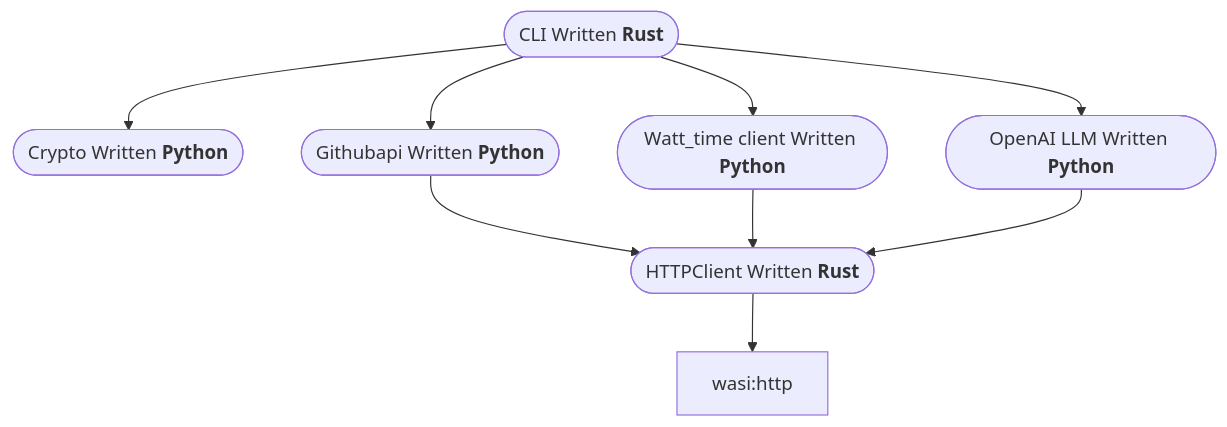
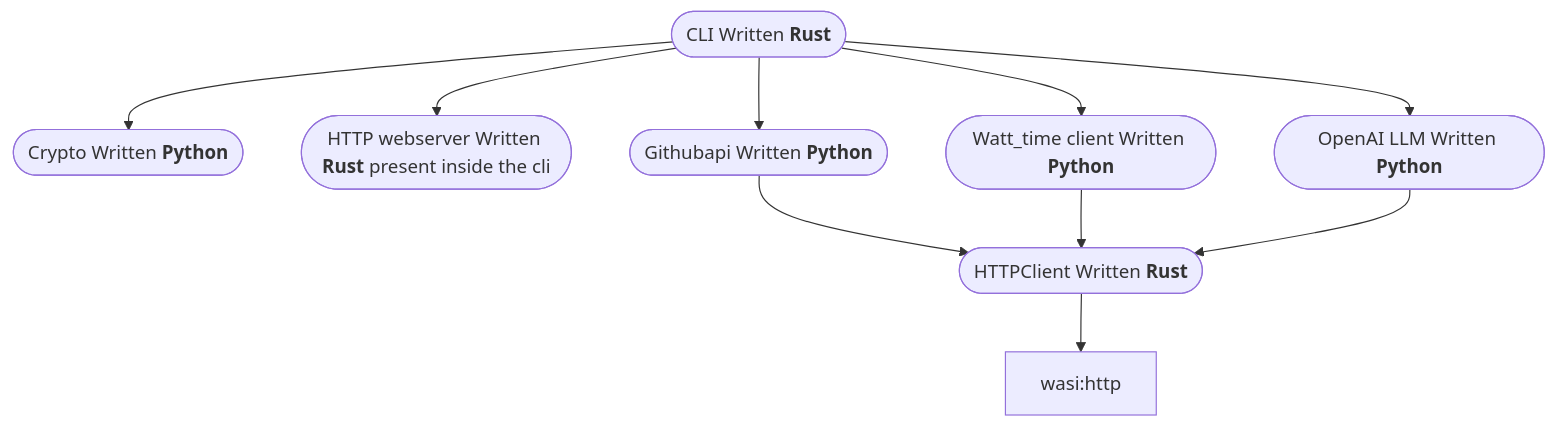
Before and after one commit to dipankardas011/wae: the diagram in README.md, drawn with Mermaid. The commit also changed 4 other files, not shown here.

````diff
--- a/README.md
+++ b/README.md
@@ -21,11 +21,12 @@
 ```mermaid
 graph TD;
     cli(["`CLI Written **Rust**`"])-->crypto(["`Crypto Written **Python**`"]);
+    cli-->webserver(["`HTTP webserver Written **Rust** present inside the cli`"]);
     cli-->githubapi(["`Githubapi Written **Python**`"]);
     cli-->openai(["`OpenAI LLM Written **Python**`"]);
     cli-->watt(["`Watt_time client Written **Python**`"]);
     githubapi-->httpclient(["`HTTPClient Written **Rust**`"]);
     watt-->httpclient;
     openai-->httpclient;
     httpclient-->wasi:http;
 ```
````
